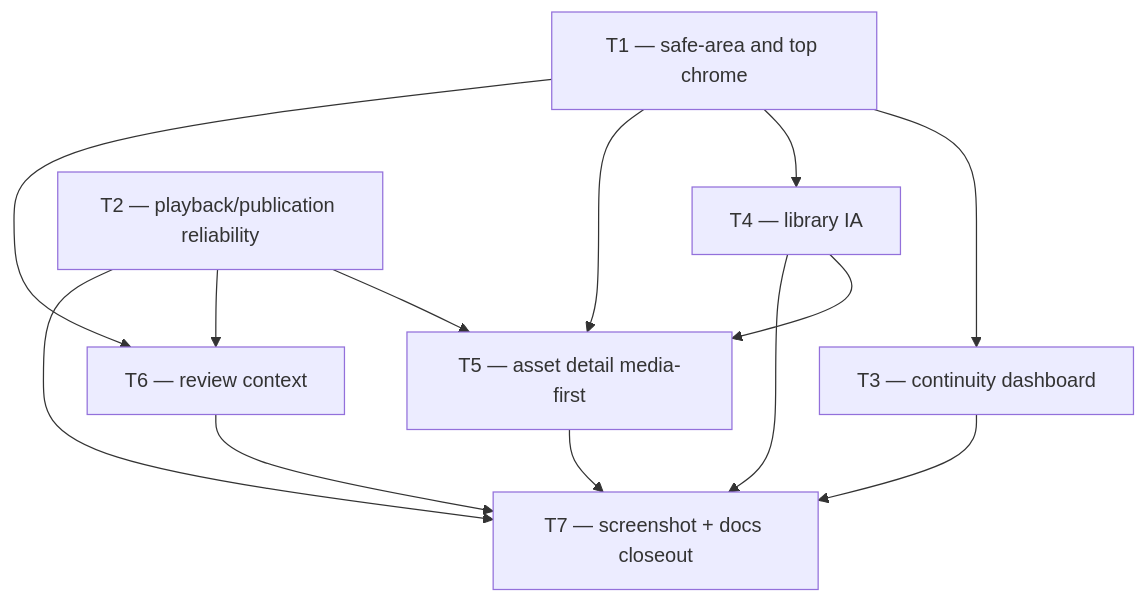
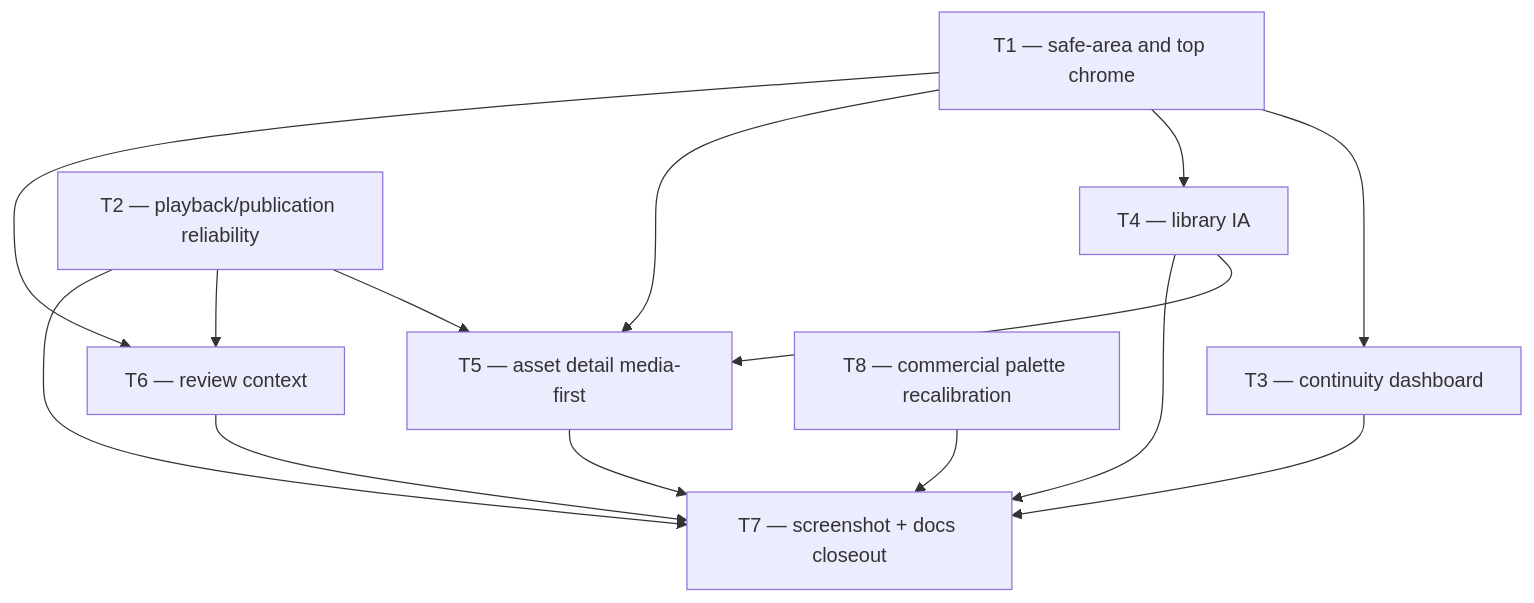
Before and after one commit to krukmat/dubbridge: the diagram in docs/plan/s-215-mobile-streaming-organization-pass.md, drawn with Mermaid. The commit also changed other lines of this file and 12 other files, not shown here.

````diff
--- a/docs/plan/s-215-mobile-streaming-organization-pass.md
+++ b/docs/plan/s-215-mobile-streaming-organization-pass.md
@@ -184,15 +189,16 @@
 ```mermaid
 flowchart TD
   T1["T1 — safe-area and top chrome"] --> T3["T3 — continuity dashboard"]
   T1 --> T4["T4 — library IA"]
   T1 --> T5["T5 — asset detail media-first"]
   T1 --> T6["T6 — review context"]
   T2["T2 — playback/publication reliability"] --> T5
   T2 --> T6
   T4 --> T5
   T3 --> T7["T7 — screenshot + docs closeout"]
   T4 --> T7
   T5 --> T7
   T6 --> T7
   T2 --> T7
+  T8["T8 — commercial palette recalibration"] --> T7
 ```
````
